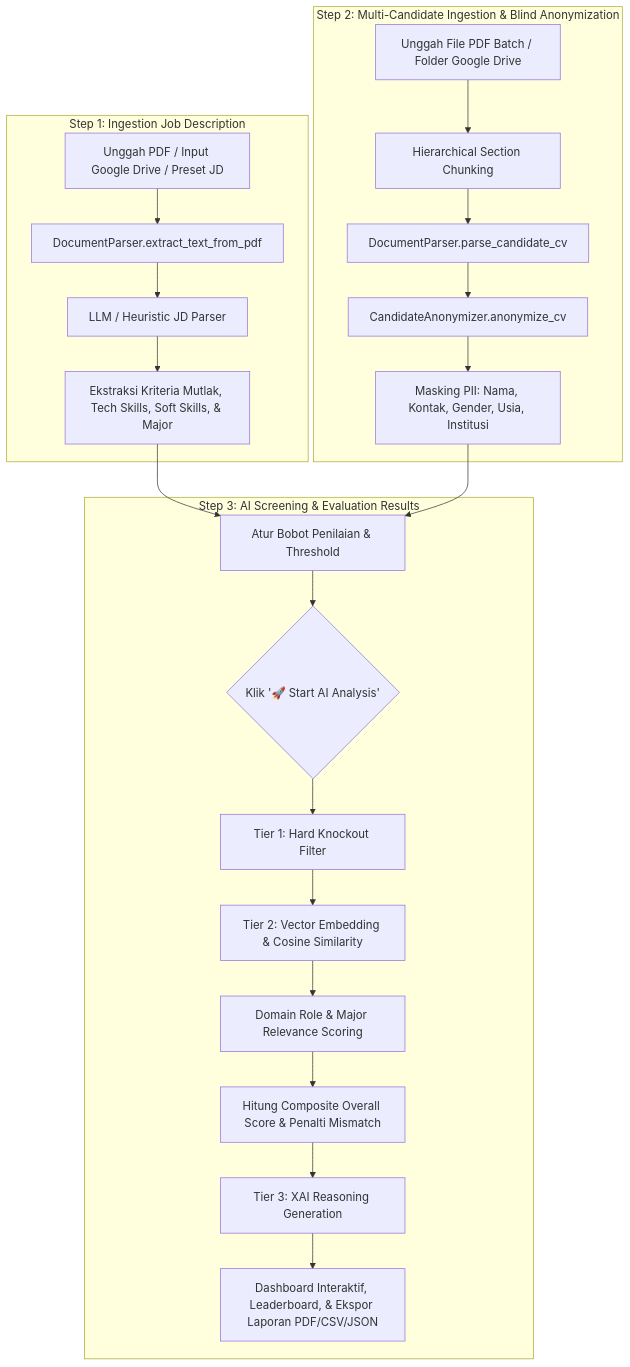
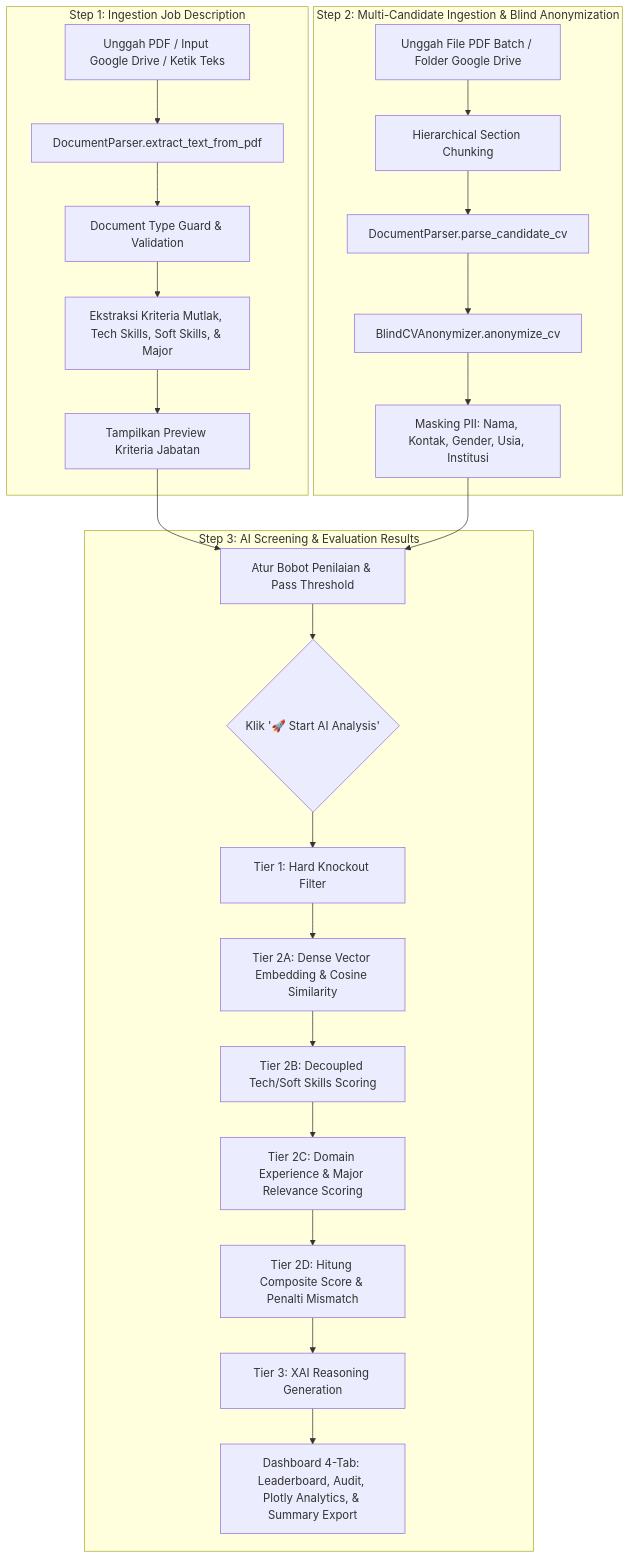
One commit to rrexzra36/Autonomous_Candidate_Screening_Platform changed the diagram in README.md. Above: the diagram before and after it, drawn with Mermaid. The commit also changed other lines of this file and 4 other files, not shown here.

````diff
--- a/README.md
+++ b/README.md
@@ -41,28 +52,30 @@
 ```mermaid
 graph TD
     subgraph Step 1: Ingestion Job Description
-        A1[Unggah PDF / Input Google Drive / Preset JD] --> A2[DocumentParser.extract_text_from_pdf]
-        A2 --> A3[LLM / Heuristic JD Parser]
+        A1[Unggah PDF / Input Google Drive / Ketik Teks] --> A2[DocumentParser.extract_text_from_pdf]
+        A2 --> A3[Document Type Guard & Validation]
         A3 --> A4[Ekstraksi Kriteria Mutlak, Tech Skills, Soft Skills, & Major]
+        A4 --> A5[Tampilkan Preview Kriteria Jabatan]
     end
 
     subgraph Step 2: Multi-Candidate Ingestion & Blind Anonymization
         B1[Unggah File PDF Batch / Folder Google Drive] --> B2[Hierarchical Section Chunking]
         B2 --> B3[DocumentParser.parse_candidate_cv]
-        B3 --> B4[CandidateAnonymizer.anonymize_cv]
+        B3 --> B4[BlindCVAnonymizer.anonymize_cv]
         B4 --> B5[Masking PII: Nama, Kontak, Gender, Usia, Institusi]
     end
 
     subgraph Step 3: AI Screening & Evaluation Results
-        C1[Atur Bobot Penilaian & Threshold] --> C2{Klik '🚀 Start AI Analysis'}
+        C1[Atur Bobot Penilaian & Pass Threshold] --> C2{Klik '🚀 Start AI Analysis'}
         C2 --> C3[Tier 1: Hard Knockout Filter]
-        C3 --> C4[Tier 2: Vector Embedding & Cosine Similarity]
-        C4 --> C5[Domain Role & Major Relevance Scoring]
-        C5 --> C6[Hitung Composite Overall Score & Penalti Mismatch]
-        C6 --> C7[Tier 3: XAI Reasoning Generation]
-        C7 --> C8[Dashboard Interaktif, Leaderboard, & Ekspor Laporan PDF/CSV/JSON]
+        C3 --> C4[Tier 2A: Dense Vector Embedding & Cosine Similarity]
+        C4 --> C5[Tier 2B: Decoupled Tech/Soft Skills Scoring]
+        C5 --> C6[Tier 2C: Domain Experience & Major Relevance Scoring]
+        C6 --> C7[Tier 2D: Hitung Composite Score & Penalti Mismatch]
+        C7 --> C8[Tier 3: XAI Reasoning Generation]
+        C8 --> C9[Dashboard 4-Tab: Leaderboard, Audit, Plotly Analytics, & Summary Export]
     end
 
-    A4 --> C1
+    A5 --> C1
     B5 --> C1
 ```
````
